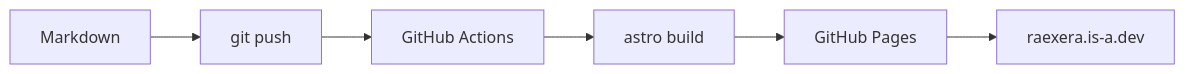
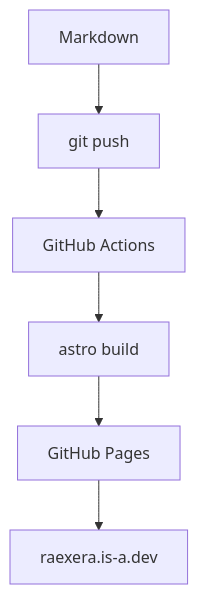
Before and after one commit to raexera/raexera.github.io: the diagram in src/content/blog/hello-world/index.md, drawn with Mermaid. The commit also changed 2 other files, not shown here.

Commit message:
fix: make mermaid diagram readable and properly sized across themes

````diff
--- a/src/content/blog/hello-world/index.md
+++ b/src/content/blog/hello-world/index.md
@@ -125,8 +125,8 @@
 ```mermaid
-flowchart LR
+flowchart TB
   A[Markdown] --> B[git push]
   B --> C[GitHub Actions]
   C --> D[astro build]
   D --> E[GitHub Pages]
   E --> F[raexera.is-a.dev]
 ```
````
